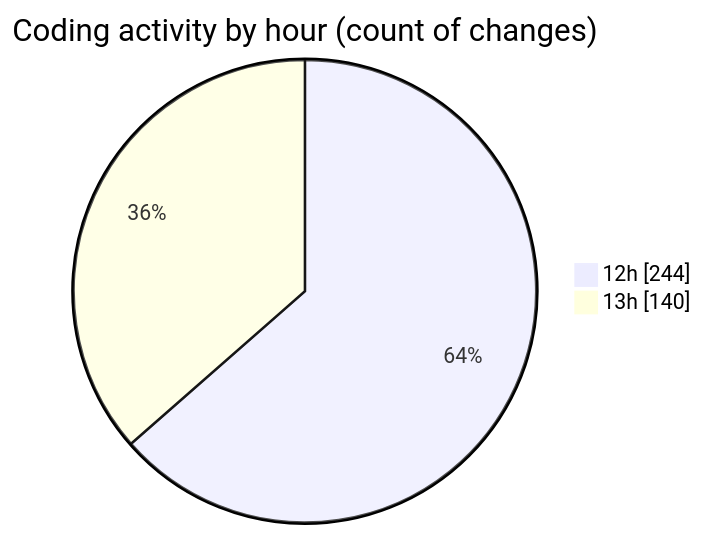
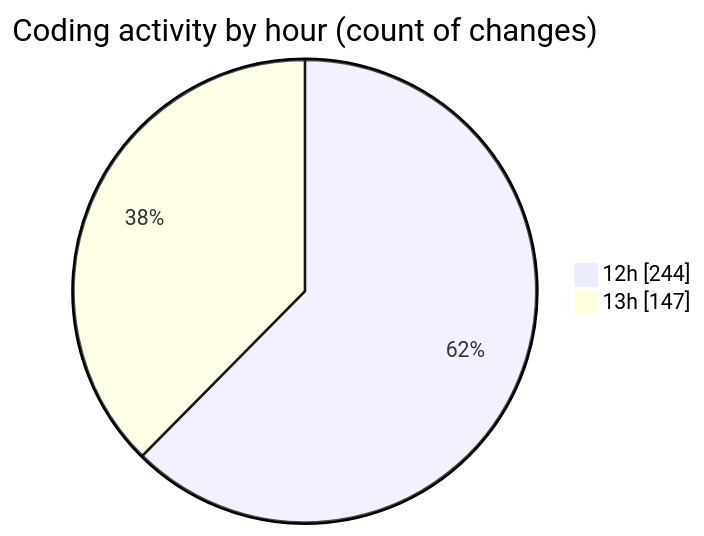
One commit to ernivani/code-tracking changed the second of 2 diagrams in repositories/2024-12-26/leetcode-solutions/README.md. Above: the diagram before and after it, drawn with Mermaid. The commit also changed other lines of this file and 2 other files, not shown here.

````diff
--- a/repositories/2024-12-26/leetcode-solutions/README.md
+++ b/repositories/2024-12-26/leetcode-solutions/README.md
@@ -51,6 +52,6 @@
 ```mermaid
 pie showData
 title Coding activity by hour (count of changes)
 "12h" : 244
-"13h" : 140
+"13h" : 147
 ```
````
